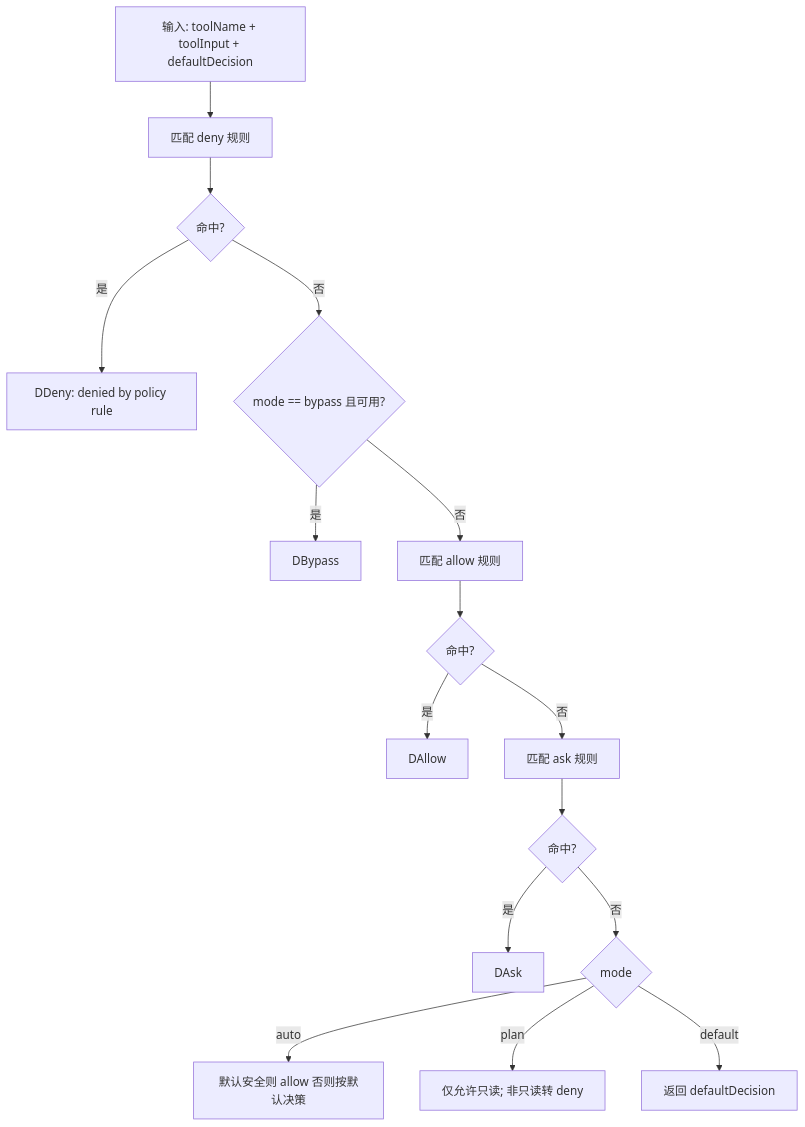
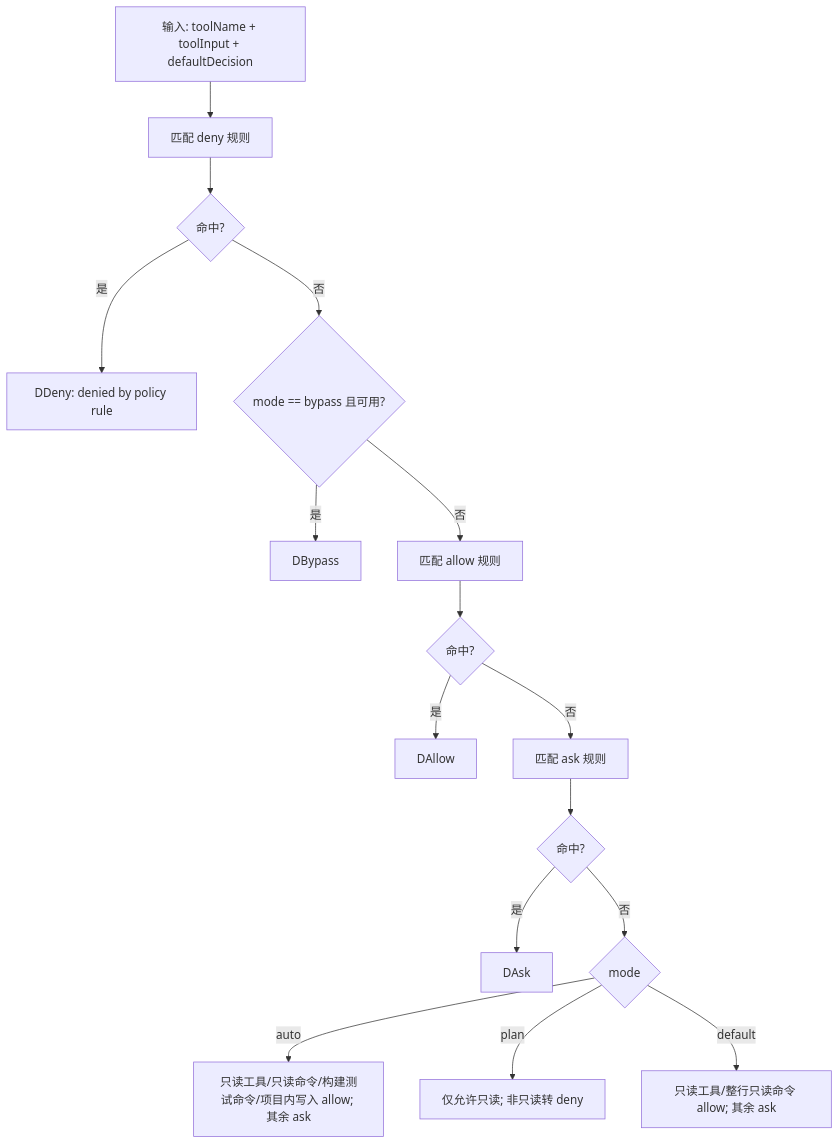
Before and after one commit to liuzhixin405/cove: the seventh of 16 diagrams in docs/全流程图-端到端.md, drawn with Mermaid. The commit also changed other lines of this file and 369 other files, not shown here.

````diff
--- a/docs/全流程图-端到端.md
+++ b/docs/全流程图-端到端.md
@@ -196,20 +196,20 @@
 ```mermaid
 flowchart TD
     A[输入: toolName + toolInput + defaultDecision] --> B[匹配 deny 规则]
     B --> C{命中?}
     C -->|是| C1[DDeny: denied by policy rule]
     C -->|否| D{mode == bypass 且可用?}
 
     D -->|是| D1[DBypass]
     D -->|否| E[匹配 allow 规则]
     E --> F{命中?}
     F -->|是| F1[DAllow]
     F -->|否| G[匹配 ask 规则]
     G --> H{命中?}
     H -->|是| H1[DAsk]
     H -->|否| I{mode}
 
-    I -->|auto| I1[默认安全则 allow 否则按默认决策]
+    I -->|auto| I1[只读工具/只读命令/构建测试命令/项目内写入 allow; 其余 ask]
     I -->|plan| I2[仅允许只读; 非只读转 deny]
-    I -->|default| I3[返回 defaultDecision]
+    I -->|default| I3[只读工具/整行只读命令 allow; 其余 ask]
 ```
````
